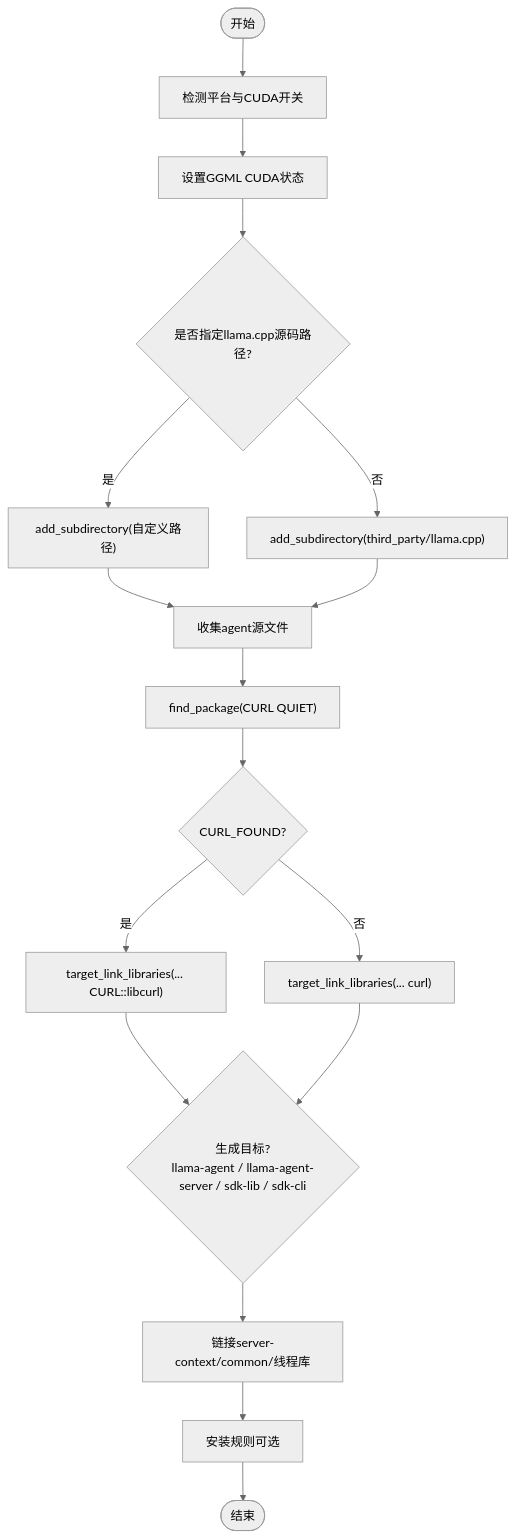
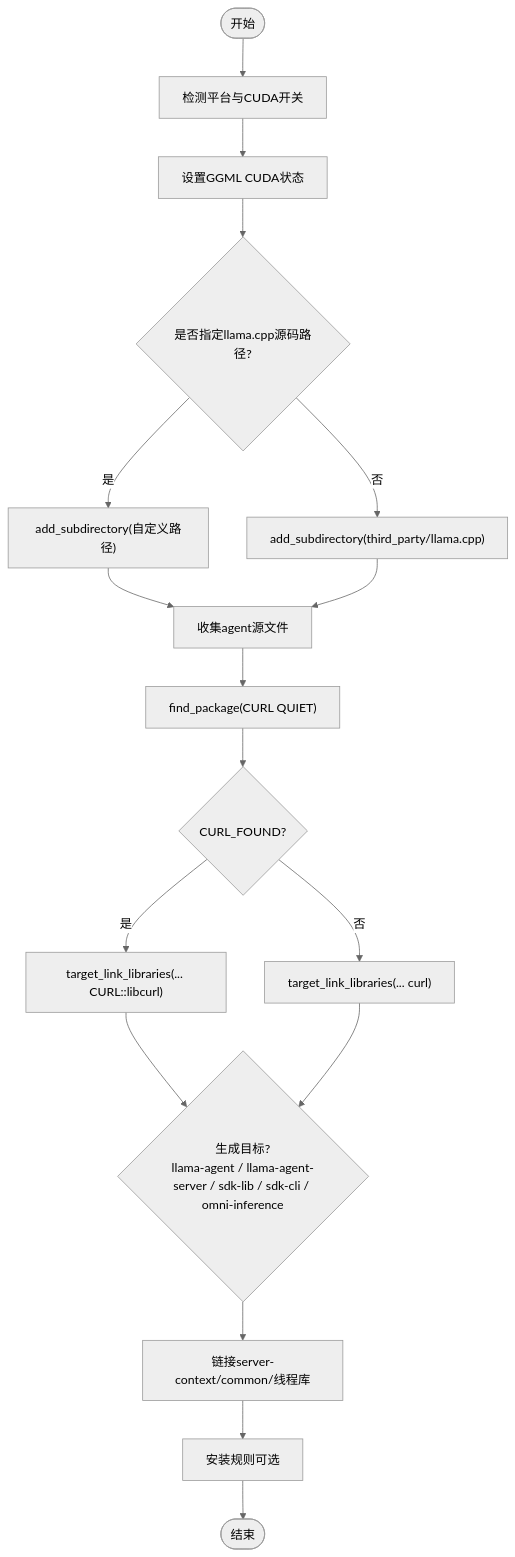
Before and after one commit to acproject/llama.cpp-agent: the third of 10 diagrams in .qoder/repowiki/zh/content/开发者指南/开发者指南.md, drawn with Mermaid (neutral theme). The commit also changed other lines of this file and 3 other files, not shown here.

````diff
--- a/.qoder/repowiki/zh/content/开发者指南/开发者指南.md
+++ b/.qoder/repowiki/zh/content/开发者指南/开发者指南.md
@@ -152,19 +167,19 @@
 ```mermaid
 flowchart TD
 Start(["开始"]) --> CheckCUDA["检测平台与CUDA开关"]
 CheckCUDA --> SetGGML["设置GGML CUDA状态"]
 SetGGML --> OverridePath{"是否指定llama.cpp源码路径?"}
 OverridePath --> |是| AddSubdirOverride["add_subdirectory(自定义路径)"]
 OverridePath --> |否| AddSubdirDefault["add_subdirectory(third_party/llama.cpp)"]
 AddSubdirOverride --> CollectSources["收集agent源文件"]
 AddSubdirDefault --> CollectSources
 CollectSources --> CurlCheck["find_package(CURL QUIET)"]
 CurlCheck --> CurlFound{"CURL_FOUND?"}
 CurlFound --> |是| LinkModern["target_link_libraries(... CURL::libcurl)"]
 CurlFound --> |否| LinkLegacy["target_link_libraries(... curl)"]
-LinkModern --> Targets{"生成目标?<br/>llama-agent / llama-agent-server / sdk-lib / sdk-cli"}
+LinkModern --> Targets{"生成目标?<br/>llama-agent / llama-agent-server / sdk-lib / sdk-cli / omni-inference"}
 LinkLegacy --> Targets
 Targets --> LinkLibs["链接server-context/common/线程库"]
 LinkLibs --> Install["安装规则可选"]
 Install --> End(["结束"])
 ```
````
